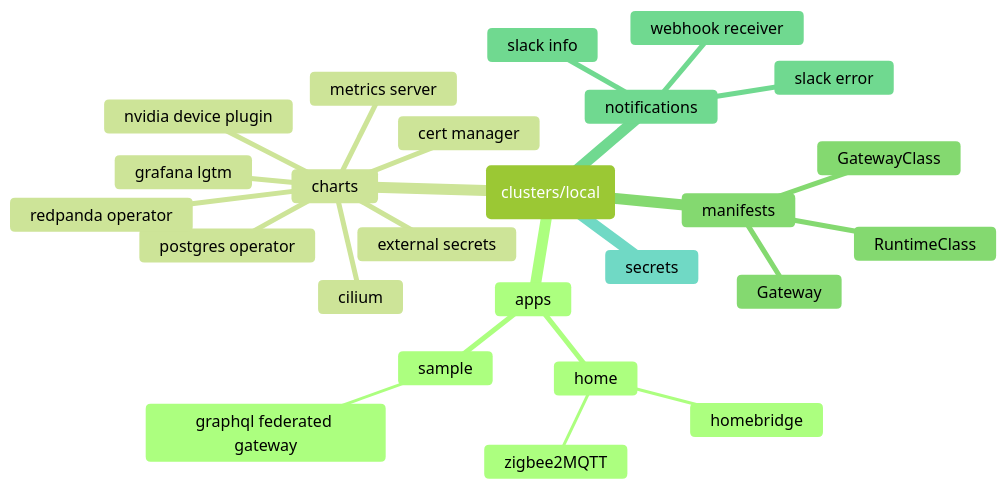
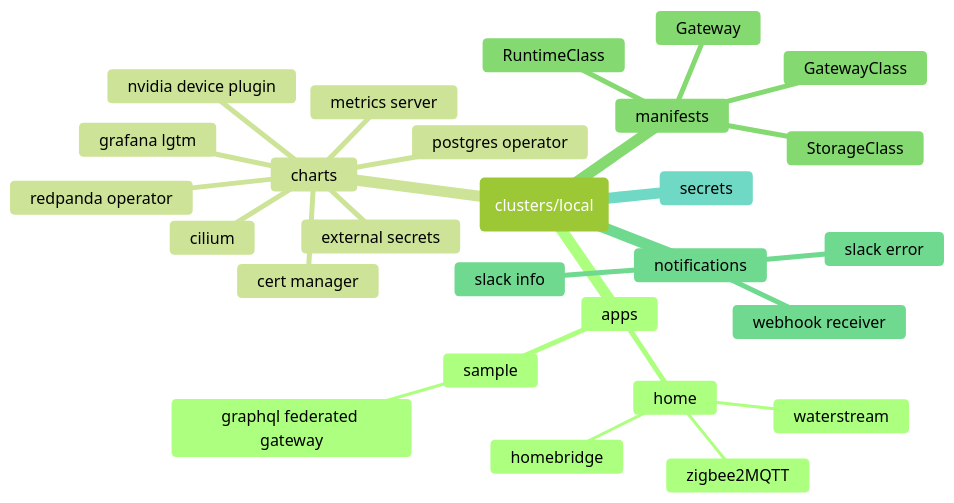
Before and after one commit to dudo/turing-pi: the diagram in README.md, drawn with Mermaid (forest theme). The commit also changed 1 other file, not shown here.

Commit message:
containerd

````diff
--- a/README.md
+++ b/README.md
@@ -13,28 +13,30 @@
 ```mermaid
 mindmap
   root(clusters/local)
     apps
       home
         homebridge
+        waterstream
         zigbee2MQTT
       sample
         graphql federated gateway
     charts
       cert manager
       cilium
       external secrets
       grafana lgtm
       metrics server
       nvidia device plugin
       postgres operator
       redpanda operator
     manifests
       GatewayClass
       Gateway
       RuntimeClass
+      StorageClass
     notifications
       slack error
       slack info
       webhook receiver
     secrets
 ```
````
